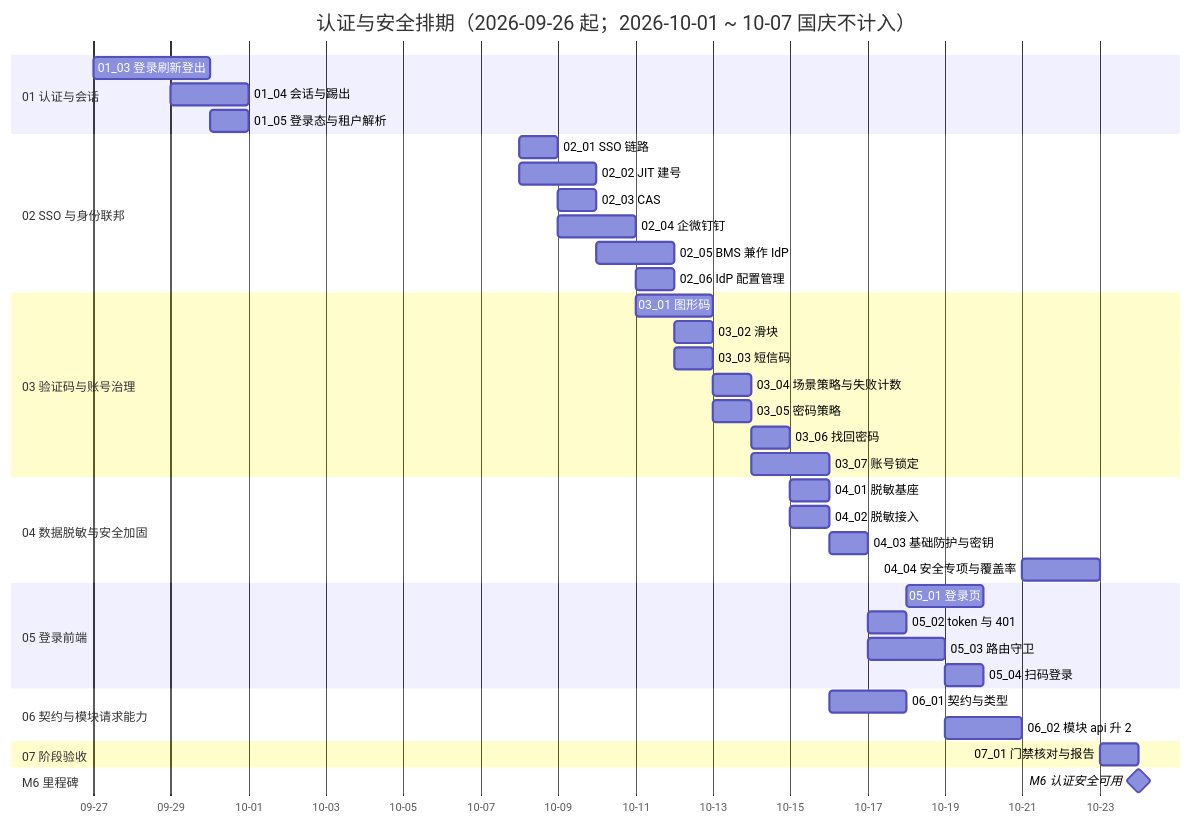
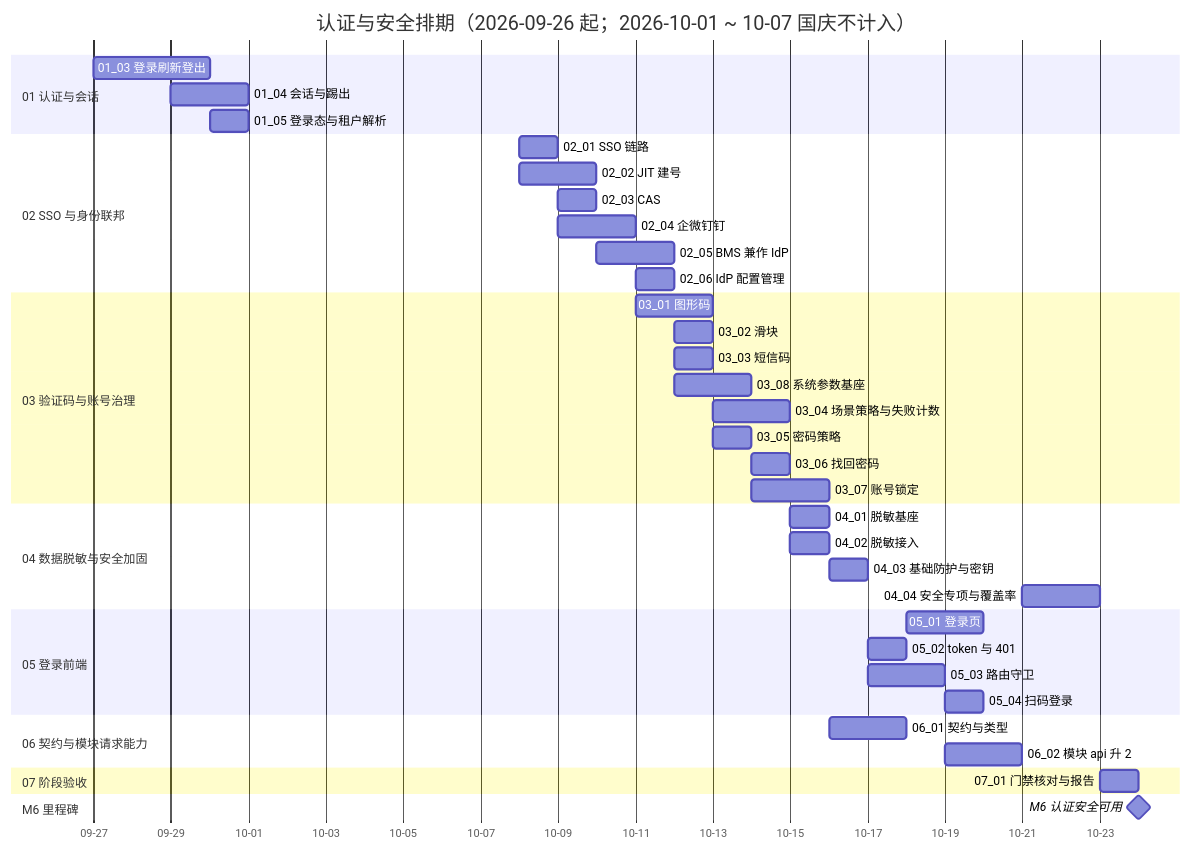
The diagram in bms文档/项目/06_认证与安全/计划/01_计划_认证与安全.md (minjian123/basic-management-system), drawn with Mermaid before and after one commit. The commit also changed other lines of this file and 8 other files, not shown here.

````diff
--- a/bms文档/项目/06_认证与安全/计划/01_计划_认证与安全.md
+++ b/bms文档/项目/06_认证与安全/计划/01_计划_认证与安全.md
@@ -59,42 +60,43 @@
 ```mermaid
 gantt
     title 认证与安全排期（2026-09-26 起；2026-10-01 ~ 10-07 国庆不计入）
     dateFormat  YYYY-MM-DD
     axisFormat %m-%d
     section 01 认证与会话
     01_03 登录刷新登出 :a3, 2026-09-27, 3d
     01_04 会话与踢出 :a4, 2026-09-29, 2d
     01_05 登录态与租户解析 :a5, 2026-09-30, 1d
     section 02 SSO 与身份联邦
     02_01 SSO 链路 :b1, 2026-10-08, 1d
     02_02 JIT 建号 :b2, 2026-10-08, 2d
     02_03 CAS :b3, 2026-10-09, 1d
     02_04 企微钉钉 :b4, 2026-10-09, 2d
     02_05 BMS 兼作 IdP :b5, 2026-10-10, 2d
     02_06 IdP 配置管理 :b6, 2026-10-11, 1d
     section 03 验证码与账号治理
     03_01 图形码 :c1, 2026-10-11, 2d
     03_02 滑块 :c2, 2026-10-12, 1d
     03_03 短信码 :c3, 2026-10-12, 1d
-    03_04 场景策略与失败计数 :c4, 2026-10-13, 1d
+    03_08 系统参数基座 :c8, 2026-10-12, 2d
+    03_04 场景策略与失败计数 :c4, 2026-10-13, 2d
     03_05 密码策略 :c5, 2026-10-13, 1d
     03_06 找回密码 :c6, 2026-10-14, 1d
     03_07 账号锁定 :c7, 2026-10-14, 2d
     section 04 数据脱敏与安全加固
     04_01 脱敏基座 :d1, 2026-10-15, 1d
     04_02 脱敏接入 :d2, 2026-10-15, 1d
     04_03 基础防护与密钥 :d3, 2026-10-16, 1d
     04_04 安全专项与覆盖率 :d4, 2026-10-21, 2d
     section 05 登录前端
     05_01 登录页 :e1, 2026-10-18, 2d
     05_02 token 与 401 :e2, 2026-10-17, 1d
     05_03 路由守卫 :e3, 2026-10-17, 2d
     05_04 扫码登录 :e4, 2026-10-19, 1d
     section 06 契约与模块请求能力
     06_01 契约与类型 :f1, 2026-10-16, 2d
     06_02 模块 api 升 2 :f2, 2026-10-19, 2d
     section 07 阶段验收
     07_01 门禁核对与报告 :g1, 2026-10-23, 1d
     section M6 里程碑
     M6 认证安全可用 :milestone, mm6, 2026-10-24, 0d
 ```
````
